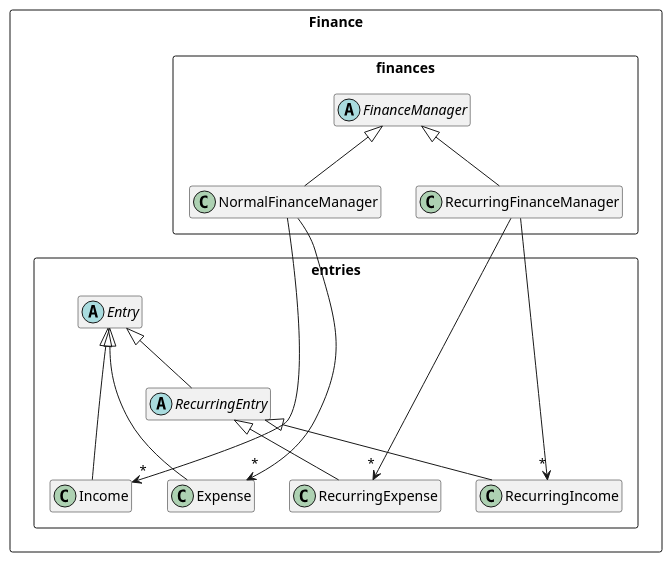
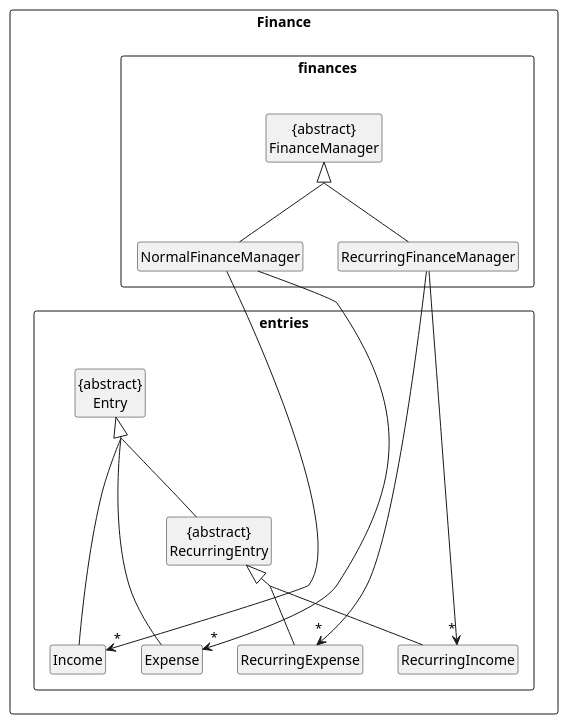
The diagram in docs/diagrams/Finance.puml (yanjia1777/tp), drawn with PlantUML before and after one commit. The commit also changed 6 other files, not shown here.

Commit message:
Update diagrams as suggested in peer review (previous change was lost)

```diff
--- a/docs/diagrams/Finance.puml
+++ b/docs/diagrams/Finance.puml
@@ -1,35 +1,39 @@
 @startuml
+hide circle
+skinparam classAttributeIconSize 0
+skinparam groupInheritance 2
 package "Finance" <<Rectangle>> {
 package "finances" <<Rectangle>> {
-abstract class  "FinanceManager"
+class  "{abstract}\nFinanceManager"
 class NormalFinanceManager
 class RecurringFinanceManager
 }
 
 package "entries" <<Rectangle>> {
-abstract class Entry
-abstract class RecurringEntry
+
+class "{abstract}\nRecurringEntry"
+class RecurringExpense
+class RecurringIncome
+class "{abstract}\nEntry"
 class Income
 class Expense
-class RecurringExpense
-class RecurringIncome
 }
 
-RecurringFinanceManager -u-|> FinanceManager
-NormalFinanceManager -u-|> FinanceManager
+RecurringFinanceManager -u-|> "{abstract}\nFinanceManager"
+NormalFinanceManager -u-|> "{abstract}\nFinanceManager"
 
-RecurringEntry -u-|> Entry
-RecurringIncome -u-|> RecurringEntry
-RecurringExpense -u-|> RecurringEntry
-Income -u--|> Entry
-Expense -u--|> Entry
+"{abstract}\nRecurringEntry" -u-|> "{abstract}\nEntry"
+RecurringIncome -u-|> "{abstract}\nRecurringEntry"
+RecurringExpense -u-|> "{abstract}\nRecurringEntry"
+Income -u--|> "{abstract}\nEntry"
+Expense -u--|> "{abstract}\nEntry"
 
 RecurringFinanceManager ----> "*" RecurringIncome
 RecurringFinanceManager ----> "*" RecurringExpense
 NormalFinanceManager ----> "*" Income
 NormalFinanceManager ----> "*" Expense
 
 
 }
 hide members
 @enduml
```
